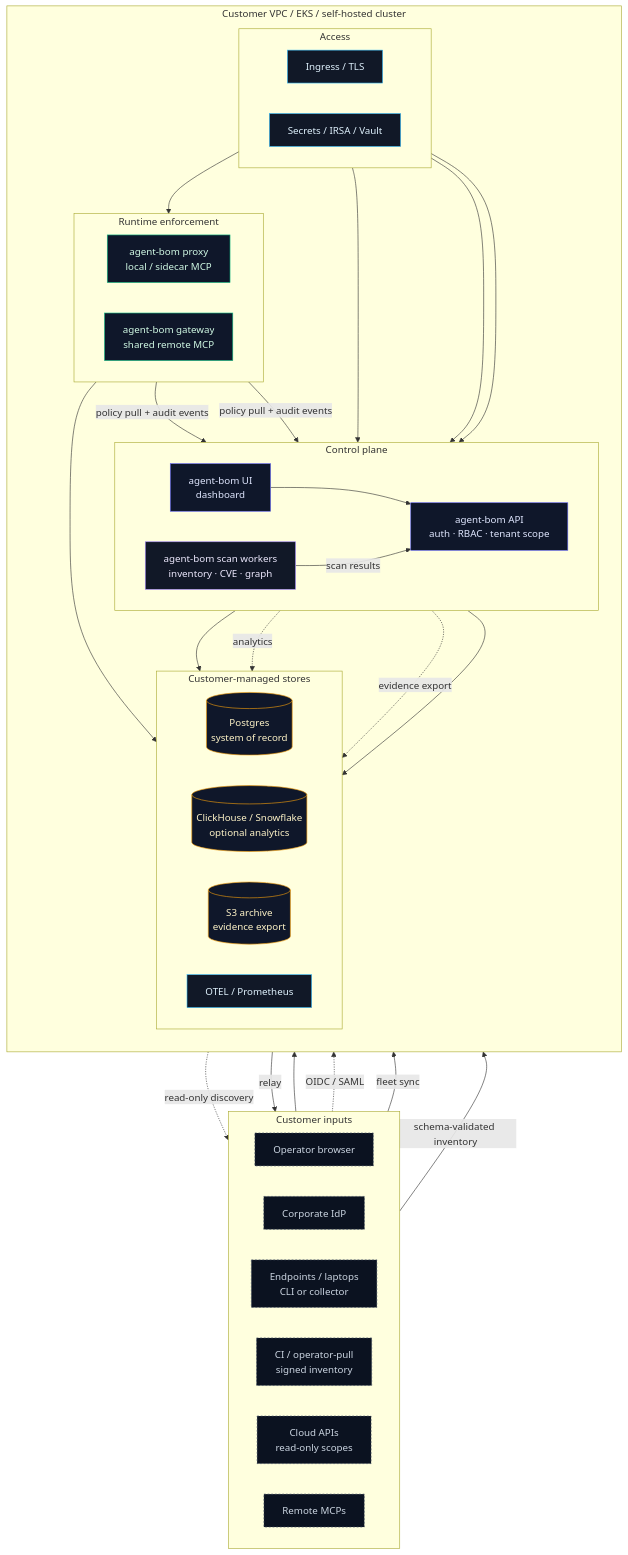
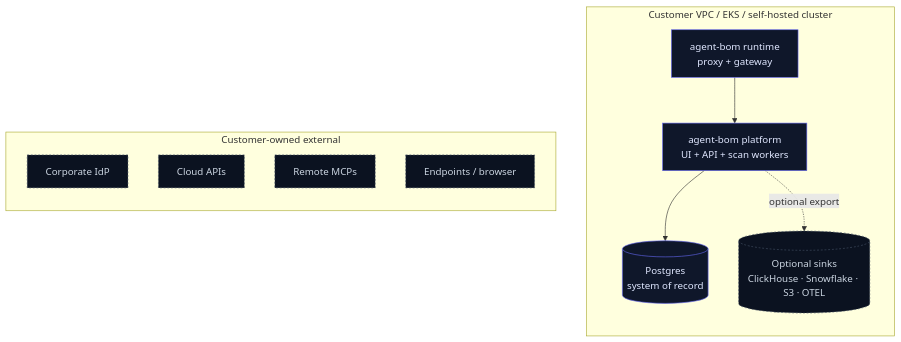
Before and after one commit to msaad00/agent-bom: the first of 3 diagrams in site-docs/deployment/overview.md, drawn with Mermaid. The commit also changed other lines of this file and 19 other files, not shown here.

````diff
--- a/site-docs/deployment/overview.md
+++ b/site-docs/deployment/overview.md
@@ -121,73 +121,25 @@
 ```mermaid
 flowchart TB
-    classDef src fill:#0b1220,stroke:#475569,color:#cbd5e1,stroke-dasharray:3 3
-    classDef access fill:#111827,stroke:#38bdf8,color:#e0f2fe
-    classDef ctrl fill:#0f172a,stroke:#6366f1,color:#e0e7ff
-    classDef run fill:#0f172a,stroke:#10b981,color:#d1fae5
-    classDef scan fill:#111827,stroke:#a78bfa,color:#ede9fe
-    classDef data fill:#0f172a,stroke:#f59e0b,color:#fef3c7
-
-    subgraph Sources["Customer inputs"]
-      direction LR
-      Browser["Operator browser"]:::src
-      IdP["Corporate IdP"]:::src
-      Endpoint["Endpoints / laptops<br/>CLI or collector"]:::src
-      Adapter["CI / operator-pull<br/>signed inventory"]:::src
-      Cloud["Cloud APIs<br/>read-only scopes"]:::src
-      Remote["Remote MCPs"]:::src
-    end
+    classDef ab fill:#0f172a,stroke:#6366f1,color:#e0e7ff
+    classDef cust fill:#0b1220,stroke:#475569,color:#cbd5e1,stroke-dasharray:3 3
 
     subgraph Customer["Customer VPC / EKS / self-hosted cluster"]
       direction TB
-
-      subgraph Access["Access"]
-        direction LR
-        Ingress["Ingress / TLS"]:::access
-        Secrets["Secrets / IRSA / Vault"]:::access
-      end
-
-      subgraph Control["Control plane"]
-        direction LR
-        UI["agent-bom UI<br/>dashboard"]:::ctrl
-        API["agent-bom API<br/>auth · RBAC · tenant scope"]:::ctrl
-        Workers["agent-bom scan workers<br/>inventory · CVE · graph"]:::scan
-      end
-
-      subgraph Runtime["Runtime enforcement"]
-        direction LR
-        Proxy["agent-bom proxy<br/>local / sidecar MCP"]:::run
-        Gateway["agent-bom gateway<br/>shared remote MCP"]:::run
-      end
-
-      subgraph Stores["Customer-managed stores"]
-        direction LR
-        Postgres[("Postgres<br/>system of record")]:::data
-        Analytics[("ClickHouse / Snowflake<br/>optional analytics")]:::data
-        Archive[("S3 archive<br/>evidence export")]:::data
-        Obs["OTEL / Prometheus"]:::access
-      end
+      Platform["agent-bom platform<br/>UI + API + scan workers"]:::ab
+      Runtime["agent-bom runtime<br/>proxy + gateway"]:::ab
+      Postgres[("Postgres<br/>system of record")]:::ab
+      Sinks[("Optional sinks<br/>ClickHouse · Snowflake · S3 · OTEL")]:::cust
     end
 
-    Browser --> Ingress
-    IdP -. OIDC / SAML .-> Ingress
-    Ingress --> UI
-    Ingress --> API
-    UI --> API
+    subgraph External["Customer-owned external"]
+      direction TB
+      IdP["Corporate IdP"]:::cust
+      Cloud["Cloud APIs"]:::cust
+      Remote["Remote MCPs"]:::cust
+      Endpoints["Endpoints / browser"]:::cust
+    end
 
-    Endpoint -->|fleet sync| API
-    Adapter -->|schema-validated inventory| API
-    Workers -->|scan results| API
-    Workers -. read-only discovery .-> Cloud
-
-    Proxy -->|policy pull + audit events| API
-    Gateway -->|policy pull + audit events| API
-    Gateway -->|relay| Remote
-
-    Secrets --> API
-    Secrets --> Gateway
-    API --> Postgres
-    API -. analytics .-> Analytics
-    API -. evidence export .-> Archive
-    API --> Obs
-    Gateway --> Obs
+    Platform --> Postgres
+    Platform -. optional export .-> Sinks
+    Runtime --> Platform
 ```
````
